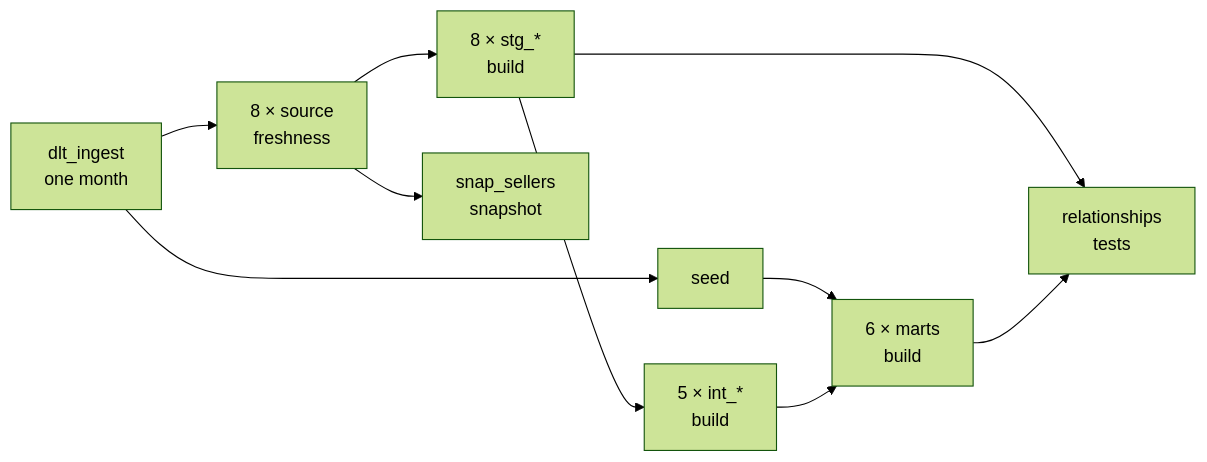
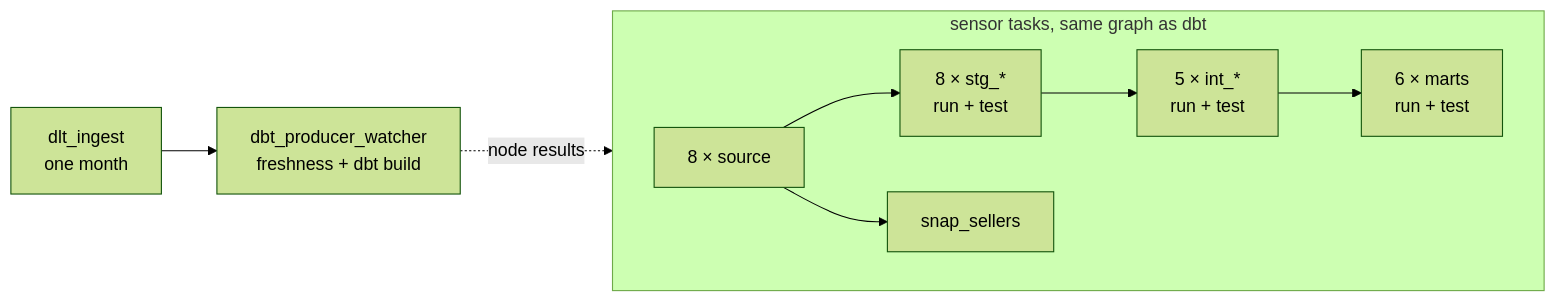
One commit to ShuCiG/olist-analytics-dbt changed the fourth of 4 diagrams in README.md. Above: the diagram before and after it, drawn with Mermaid (forest theme). The commit also changed other lines of this file and 5 other files, not shown here.

First line of the commit message:
feat(airflow): Cosmos watcher mode, one dbt build per DAG run

````diff
--- a/README.md
+++ b/README.md
@@ -214,9 +217,10 @@
 ```mermaid
 flowchart LR
-    ingest[dlt_ingest<br/>one month] --> src[8 × source<br/>freshness]
-    ingest --> seed[seed] --> marts
-    src --> stg[8 × stg_*<br/>build] --> int[5 × int_*<br/>build] --> marts[6 × marts<br/>build]
-    src --> snap[snap_sellers<br/>snapshot]
-    stg --> rel[relationships<br/>tests]
-    marts --> rel
+    ingest[dlt_ingest<br/>one month] --> producer[dbt_producer_watcher<br/>freshness + dbt build]
+    producer -. node results .-> sensors
+    subgraph sensors[sensor tasks, same graph as dbt]
+        direction LR
+        src[8 × source] --> stg[8 × stg_*<br/>run + test] --> int[5 × int_*<br/>run + test] --> marts[6 × marts<br/>run + test]
+        src --> snap[snap_sellers]
+    end
 ```
````
